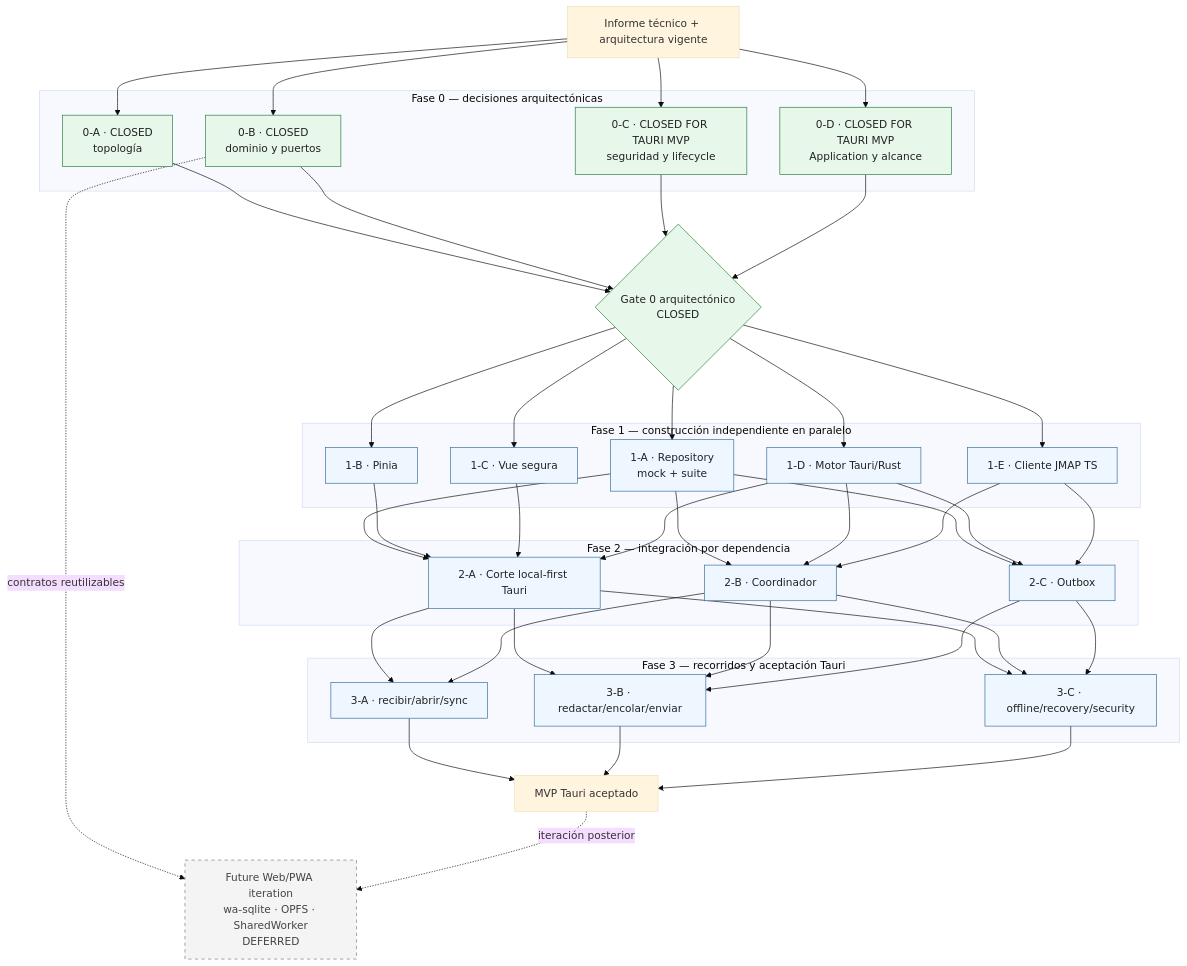
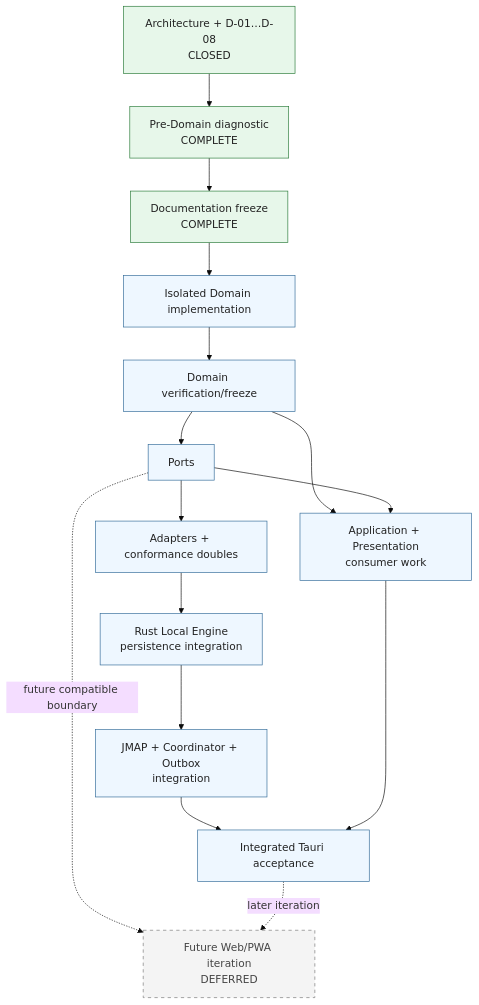
The diagram in docs/planning/roadmap.md (sebastiandperez/Correo-Boxplot), drawn with Mermaid (base theme) before and after one commit. The commit also changed other lines of this file and 15 other files, not shown here.

````diff
--- a/docs/planning/roadmap.md
+++ b/docs/planning/roadmap.md
@@ -45,87 +52,29 @@
 ```mermaid
 flowchart TD
-    Sources["Informe técnico + arquitectura vigente"]
+    Decisions["Architecture + D-01…D-08<br/>CLOSED"]
+    Diagnostic["Pre-Domain diagnostic<br/>COMPLETE"]
+    Docs["Documentation freeze<br/>COMPLETE"]
+    Domain["Isolated Domain implementation"]
+    DomainGate["Domain verification/freeze"]
+    Ports["Ports"]
+    Adapters["Adapters + conformance doubles"]
+    Engine["Rust Local Engine<br/>persistence integration"]
+    Remote["JMAP + Coordinator + Outbox<br/>integration"]
+    App["Application + Presentation<br/>consumer work"]
+    Acceptance["Integrated Tauri acceptance"]
+    FutureWeb["Future Web/PWA iteration<br/>DEFERRED"]
 
-    subgraph Phase0["Fase 0 — decisiones arquitectónicas"]
-        A["0-A · CLOSED<br/>topología"]
-        B["0-B · CLOSED<br/>dominio y puertos"]
-        C["0-C · CLOSED FOR TAURI MVP<br/>seguridad y lifecycle"]
-        D["0-D · CLOSED FOR TAURI MVP<br/>Application y alcance"]
-    end
-
-    Gate0{"Gate 0 arquitectónico<br/>CLOSED"}
-
-    subgraph Phase1["Fase 1 — construcción independiente en paralelo"]
-        Repo["1-A · Repository<br/>mock + suite"]
-        Pinia["1-B · Pinia"]
-        Vue["1-C · Vue segura"]
-        Engine["1-D · Motor Tauri/Rust"]
-        Jmap["1-E · Cliente JMAP TS"]
-    end
-
-    subgraph Phase2["Fase 2 — integración por dependencia"]
-        Local["2-A · Corte local-first Tauri"]
-        Sync["2-B · Coordinador"]
-        Outbox["2-C · Outbox"]
-    end
-
-    subgraph Phase3["Fase 3 — recorridos y aceptación Tauri"]
-        Receive["3-A · recibir/abrir/sync"]
-        Send["3-B · redactar/encolar/enviar"]
-        Secure["3-C · offline/recovery/security"]
-    end
-
-    Done["MVP Tauri aceptado"]
-    FutureWeb["Future Web/PWA iteration<br/>wa-sqlite · OPFS · SharedWorker<br/>DEFERRED"]
-
-    Sources --> A
-    Sources --> B
-    Sources --> C
-    Sources --> D
-    A --> Gate0
-    B --> Gate0
-    C --> Gate0
-    D --> Gate0
-
-    Gate0 --> Repo
-    Gate0 --> Pinia
-    Gate0 --> Vue
-    Gate0 --> Engine
-    Gate0 --> Jmap
-
-    Repo --> Local
-    Pinia --> Local
-    Vue --> Local
-    Engine --> Local
-
-    Repo --> Sync
-    Engine --> Sync
-    Jmap --> Sync
-
-    Repo --> Outbox
-    Engine --> Outbox
-    Jmap --> Outbox
-
-    Local --> Receive
-    Sync --> Receive
-    Local --> Send
-    Sync --> Send
-    Outbox --> Send
-    Local --> Secure
-    Sync --> Secure
-    Outbox --> Secure
-
-    Receive --> Done
-    Send --> Done
-    Secure --> Done
-
-    B -.->|"contratos reutilizables"| FutureWeb
-    Done -.->|"iteración posterior"| FutureWeb
+    Decisions --> Diagnostic --> Docs --> Domain --> DomainGate --> Ports --> Adapters --> Engine --> Remote --> Acceptance
+    DomainGate --> App
+    Ports --> App
+    App --> Acceptance
+    Ports -.->|"future compatible boundary"| FutureWeb
+    Acceptance -.->|"later iteration"| FutureWeb
 
     classDef closed fill:#e7f7ea,stroke:#297a38,color:#222;
-    classDef parallel fill:#eef7ff,stroke:#336b99,color:#222;
+    classDef active fill:#eef7ff,stroke:#336b99,color:#222;
     classDef deferred fill:#f4f4f4,stroke:#777,stroke-dasharray:5 5,color:#444;
-    class A,B,C,D,Gate0 closed;
-    class Repo,Pinia,Vue,Engine,Jmap,Local,Sync,Outbox,Receive,Send,Secure parallel;
+    class Decisions,Diagnostic,Docs closed;
+    class Domain,DomainGate,Ports,Adapters,Engine,Remote,App,Acceptance active;
     class FutureWeb deferred;
 ```
````
